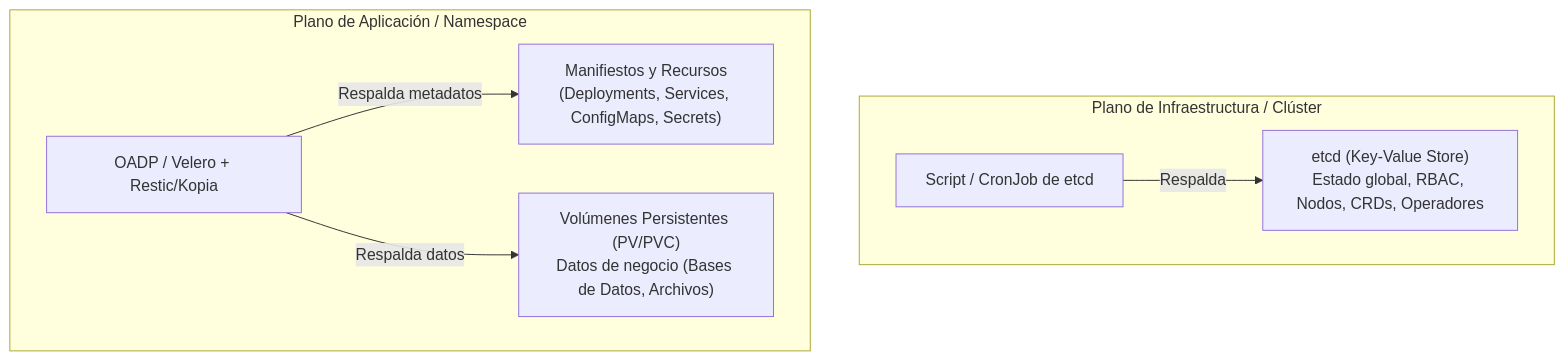
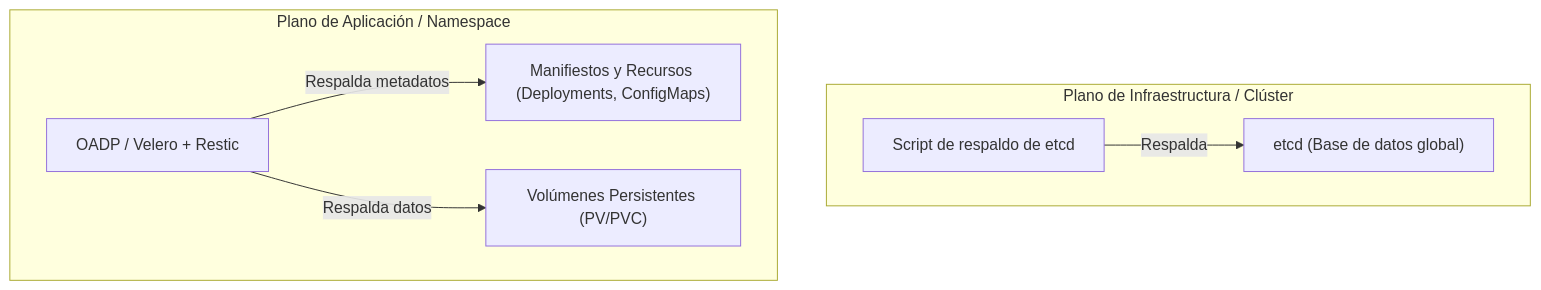
One commit to ieftraining/curso-openshift changed the first of 3 diagrams in docs/sesion3/3.8 Copias de Seguridad.md. Above: the diagram before and after it, drawn with Mermaid. The commit also changed other lines of this file, not shown here.

````diff
--- a/docs/sesion3/3.8 Copias de Seguridad.md
+++ b/docs/sesion3/3.8 Copias de Seguridad.md
@@ -22,17 +22,17 @@
 ```mermaid
 flowchart TD
     subgraph ClusterLevel ["Plano de Infraestructura / Clúster"]
-        ETCD["etcd (Key-Value Store)<br>Estado global, RBAC, Nodos, CRDs, Operadores"]
-        ScriptETCD["Script / CronJob de etcd"]
+        ETCD["etcd (Base de datos global)"]
+        ScriptETCD["Script de respaldo de etcd"]
     end
 
     subgraph AppLevel ["Plano de Aplicación / Namespace"]
-        K8sResources["Manifiestos y Recursos<br>(Deployments, Services, ConfigMaps, Secrets)"]
-        PVData["Volúmenes Persistentes (PV/PVC)<br>Datos de negocio (Bases de Datos, Archivos)"]
-        OADP["OADP / Velero + Restic/Kopia"]
+        K8sResources["Manifiestos y Recursos (Deployments, ConfigMaps)"]
+        PVData["Volúmenes Persistentes (PV/PVC)"]
+        OADP["OADP / Velero + Restic"]
     end
 
     ScriptETCD -->|Respalda| ETCD
     OADP -->|Respalda metadatos| K8sResources
     OADP -->|Respalda datos| PVData
 ```
````
